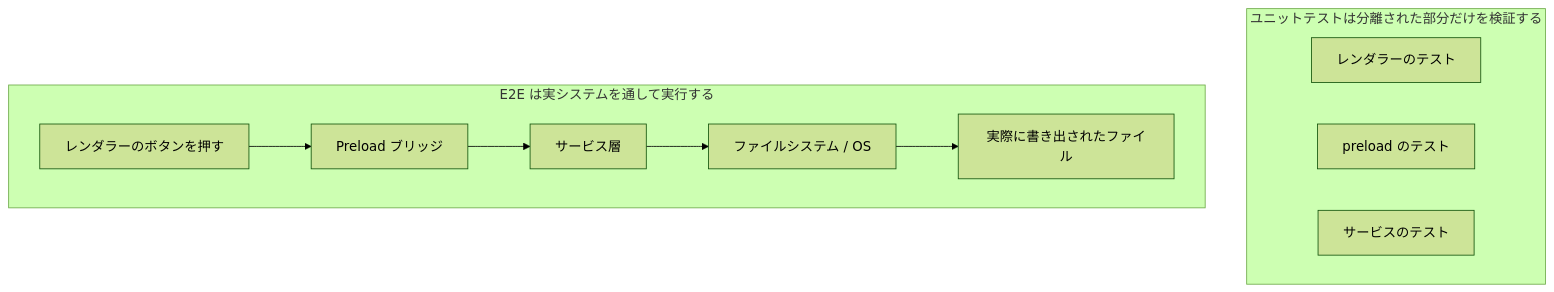
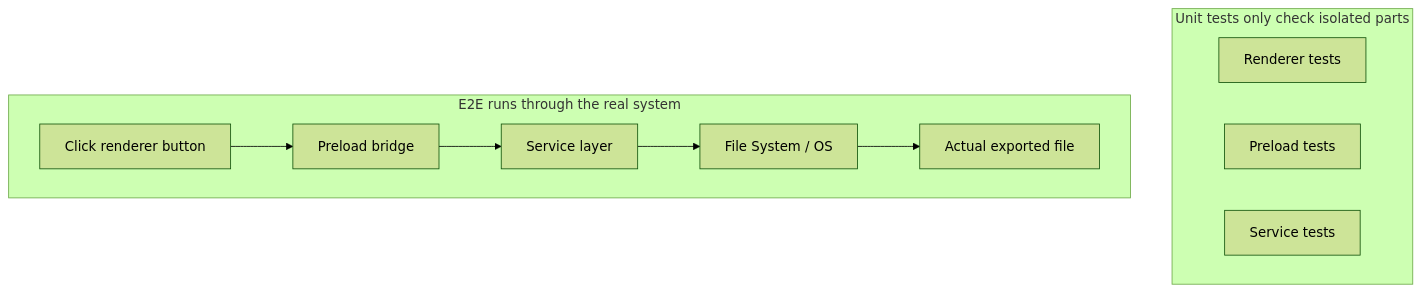
The first of 2 diagrams in docs/en/lectures/lecture-10-why-end-to-end-testing-changes-results/index.md (mkusaka/learn-harness-engineering), drawn with Mermaid (forest theme) before and after one commit. The commit also changed other lines of this file and 684 other files, not shown here.

````diff
--- a/docs/en/lectures/lecture-10-why-end-to-end-testing-changes-results/index.md
+++ b/docs/en/lectures/lecture-10-why-end-to-end-testing-changes-results/index.md
@@ -36,15 +36,15 @@
 ```mermaid
 flowchart TB
-    subgraph Unit["ユニットテストは分離された部分だけを検証する"]
-    U1["レンダラーのテスト"]
-    U2["preload のテスト"]
-    U3["サービスのテスト"]
+    subgraph Unit["Unit tests only check isolated parts"]
+    U1["Renderer tests"]
+    U2["Preload tests"]
+    U3["Service tests"]
     end
 
-    subgraph E2E["E2E は実システムを通して実行する"]
-    R["レンダラーのボタンを押す"] --> P["Preload ブリッジ"]
-    P --> S["サービス層"]
-    S --> F["ファイルシステム / OS"]
-    F --> Result["実際に書き出されたファイル"]
+    subgraph E2E["E2E runs through the real system"]
+    R["Click renderer button"] --> P["Preload bridge"]
+    P --> S["Service layer"]
+    S --> F["File System / OS"]
+    F --> Result["Actual exported file"]
     end
 ```
````
